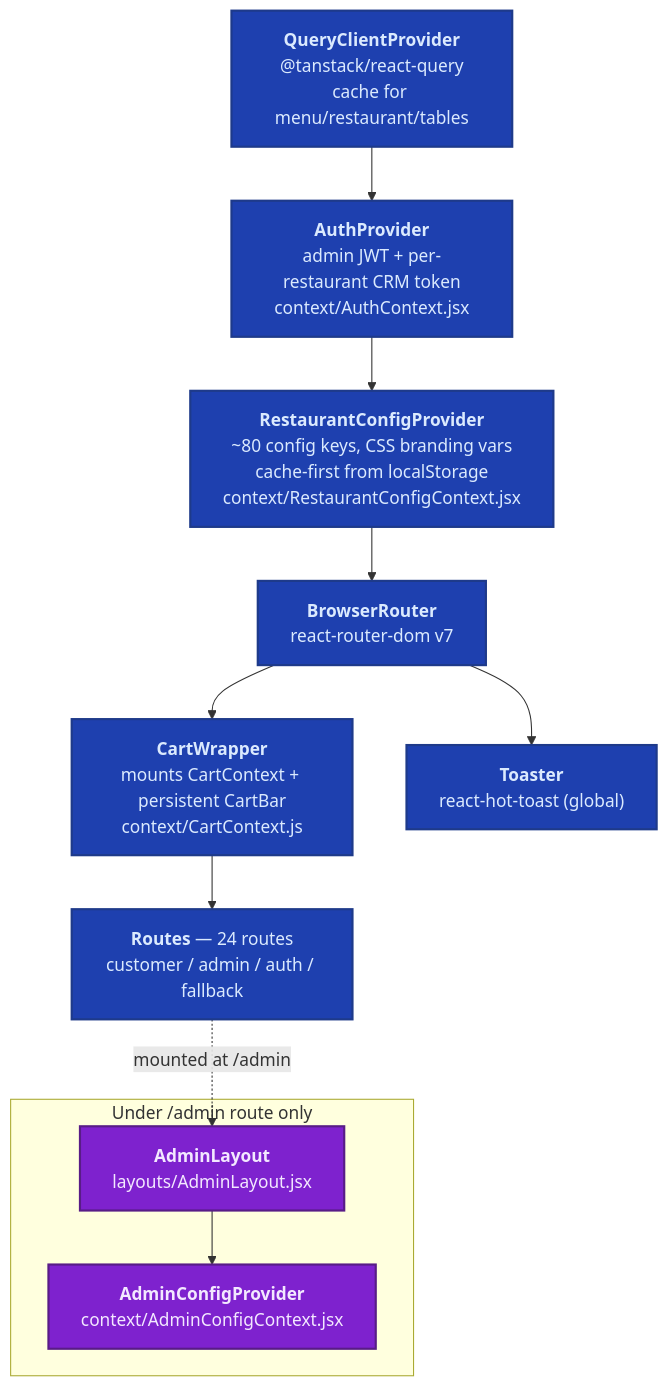
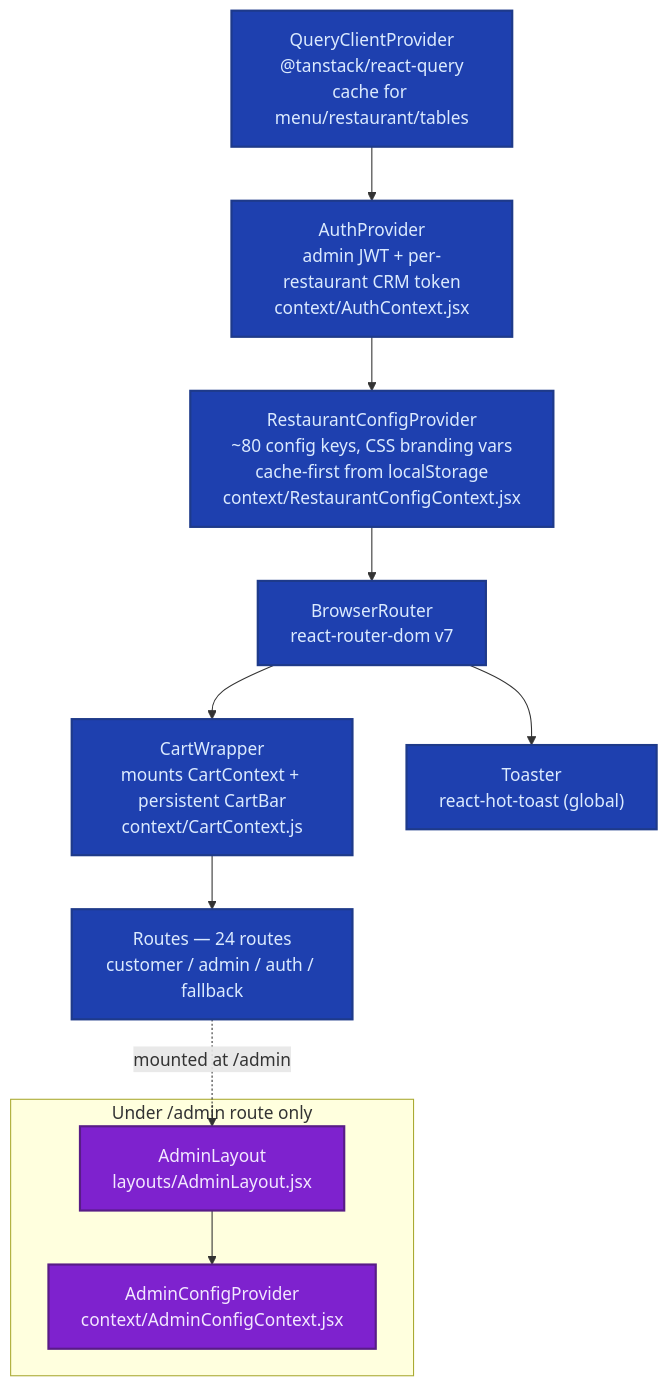
The second of 5 diagrams in memory_repo/current-state/ARCHITECTURE_DIAGRAM_2026-02.md (Abhi-mygenie/customer-app5th-march), drawn with Mermaid before and after one commit. The commit also changed other lines of this file and 3 other files, not shown here.

````diff
--- a/memory_repo/current-state/ARCHITECTURE_DIAGRAM_2026-02.md
+++ b/memory_repo/current-state/ARCHITECTURE_DIAGRAM_2026-02.md
@@ -73,26 +73,26 @@
 ```mermaid
-graph TB
-    QueryClient["<b>QueryClientProvider</b><br/>@tanstack/react-query<br/>cache for menu/restaurant/tables"]
-    Auth["<b>AuthProvider</b><br/>admin JWT + per-restaurant CRM token<br/>context/AuthContext.jsx"]
-    RestConfig["<b>RestaurantConfigProvider</b><br/>~80 config keys, CSS branding vars<br/>cache-first from localStorage<br/>context/RestaurantConfigContext.jsx"]
-    Router["<b>BrowserRouter</b><br/>react-router-dom v7"]
-    CartWrap["<b>CartWrapper</b><br/>mounts CartContext + persistent CartBar<br/>context/CartContext.js"]
-    Routes["<b>Routes</b> — 24 routes<br/>customer / admin / auth / fallback"]
-    Toaster["<b>Toaster</b><br/>react-hot-toast (global)"]
+flowchart TB
+    QueryClient["QueryClientProvider<br/>@tanstack/react-query<br/>cache for menu/restaurant/tables"]
+    Auth["AuthProvider<br/>admin JWT + per-restaurant CRM token<br/>context/AuthContext.jsx"]
+    RestConfig["RestaurantConfigProvider<br/>~80 config keys, CSS branding vars<br/>cache-first from localStorage<br/>context/RestaurantConfigContext.jsx"]
+    Router["BrowserRouter<br/>react-router-dom v7"]
+    CartWrap["CartWrapper<br/>mounts CartContext + persistent CartBar<br/>context/CartContext.js"]
+    Routes["Routes — 24 routes<br/>customer / admin / auth / fallback"]
+    Toaster["Toaster<br/>react-hot-toast (global)"]
 
     QueryClient --> Auth --> RestConfig --> Router --> CartWrap --> Routes
     Router --> Toaster
 
     subgraph AdminSubtree["Under /admin route only"]
-        AdminLayout["<b>AdminLayout</b><br/>layouts/AdminLayout.jsx"]
-        AdminConfig["<b>AdminConfigProvider</b><br/>context/AdminConfigContext.jsx"]
+        AdminLayout["AdminLayout<br/>layouts/AdminLayout.jsx"]
+        AdminConfig["AdminConfigProvider<br/>context/AdminConfigContext.jsx"]
         AdminLayout --> AdminConfig
     end
 
     Routes -.mounted at /admin.-> AdminLayout
 
     classDef prov fill:#1e40af,stroke:#1e3a8a,color:#dbeafe,stroke-width:2px
     classDef admin fill:#7e22ce,stroke:#581c87,color:#f3e8ff,stroke-width:2px
     class QueryClient,Auth,RestConfig,Router,CartWrap,Routes,Toaster prov
     class AdminLayout,AdminConfig admin
 ```
````
